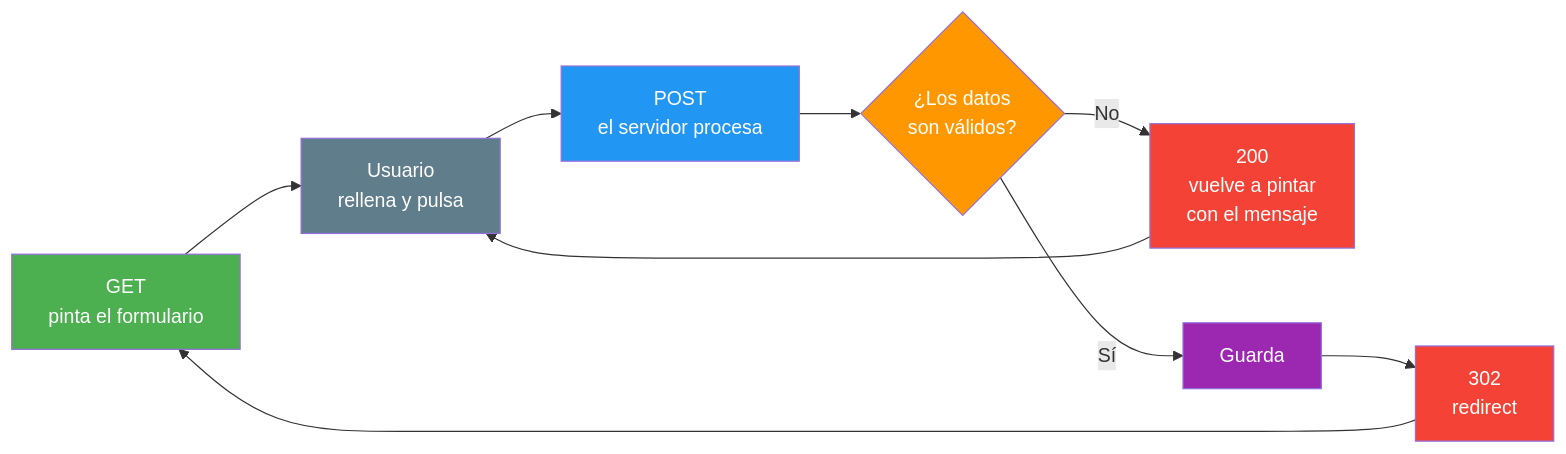
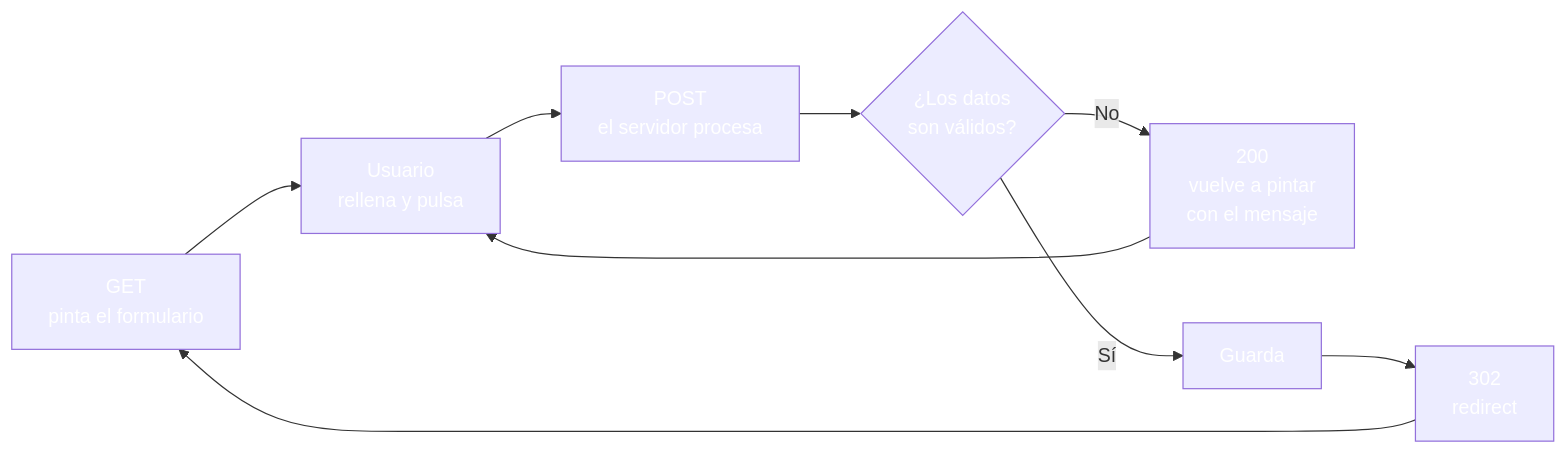
The second of 3 diagrams in 13-formularios-web.md (joseluisgs/DesarrolloWebEntornosServidor-03-2026-2027), drawn with Mermaid before and after one commit. The commit also changed other lines of this file and 30 other files, not shown here.

````diff
--- a/13-formularios-web.md
+++ b/13-formularios-web.md
@@ -93,18 +93,18 @@
 ```mermaid
 graph LR
     A["GET<br/>pinta el formulario"] --> B["Usuario<br/>rellena y pulsa"]
     B --> C["POST<br/>el servidor procesa"]
     C --> D{"¿Los datos<br/>son válidos?"}
     D -->|"No"| E["200<br/>vuelve a pintar<br/>con el mensaje"]
     D -->|"Sí"| F["Guarda"]
     F --> G["302<br/>redirect"]
     G --> A
     E --> B
-    style A fill:#4CAF50,color:#fff
-    style B fill:#607D8B,color:#fff
-    style C fill:#2196F3,color:#fff
-    style D fill:#FF9800,color:#fff
-    style E fill:#f44336,color:#fff
-    style F fill:#9C27B0,color:#fff
-    style G fill:#f44336,color:#fff
+    style A fill:#4CAF5,color:#fff0,color:#fff
+    style B fill:#607D8,color:#fffB,color:#fff
+    style C fill:#2196F,color:#fff3,color:#fff
+    style D fill:#FF980,color:#fff0,color:#fff
+    style E fill:#f4433,color:#fff6,color:#fff
+    style F fill:#9C27B,color:#fff0,color:#fff
+    style G fill:#f4433,color:#fff6,color:#fff
 ```
````
